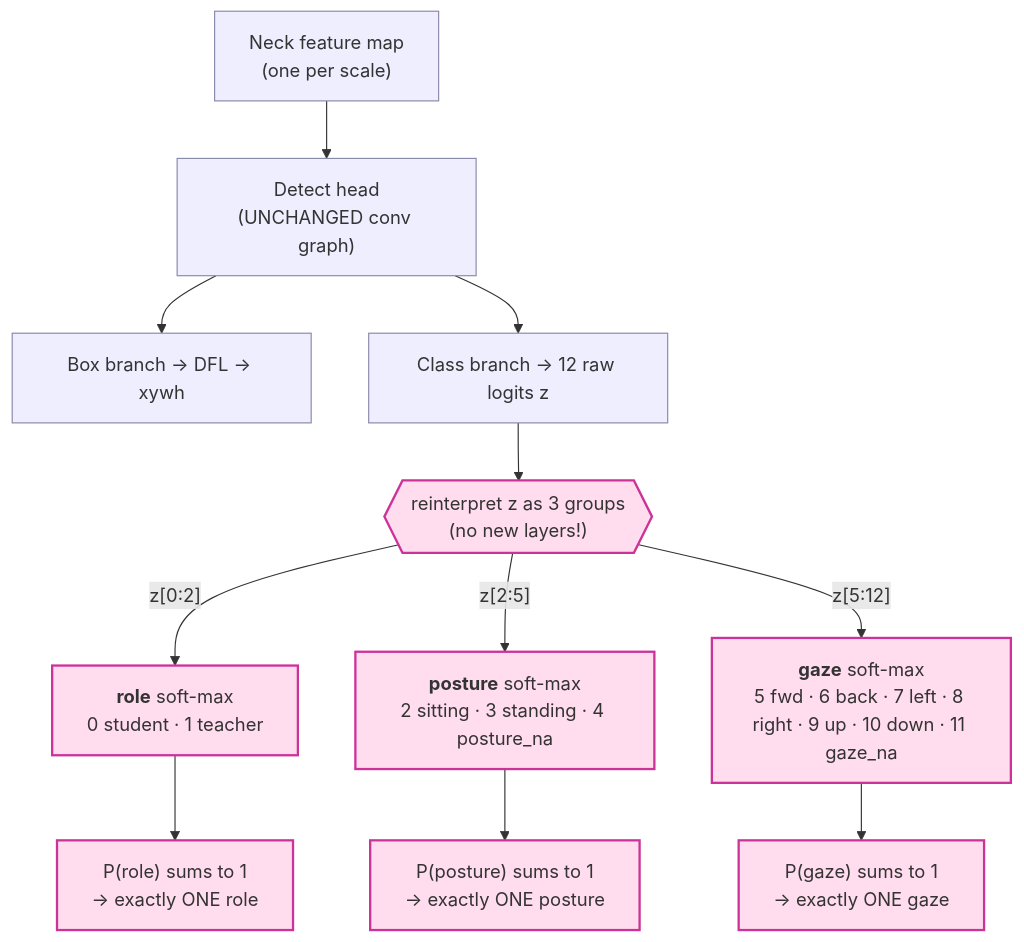
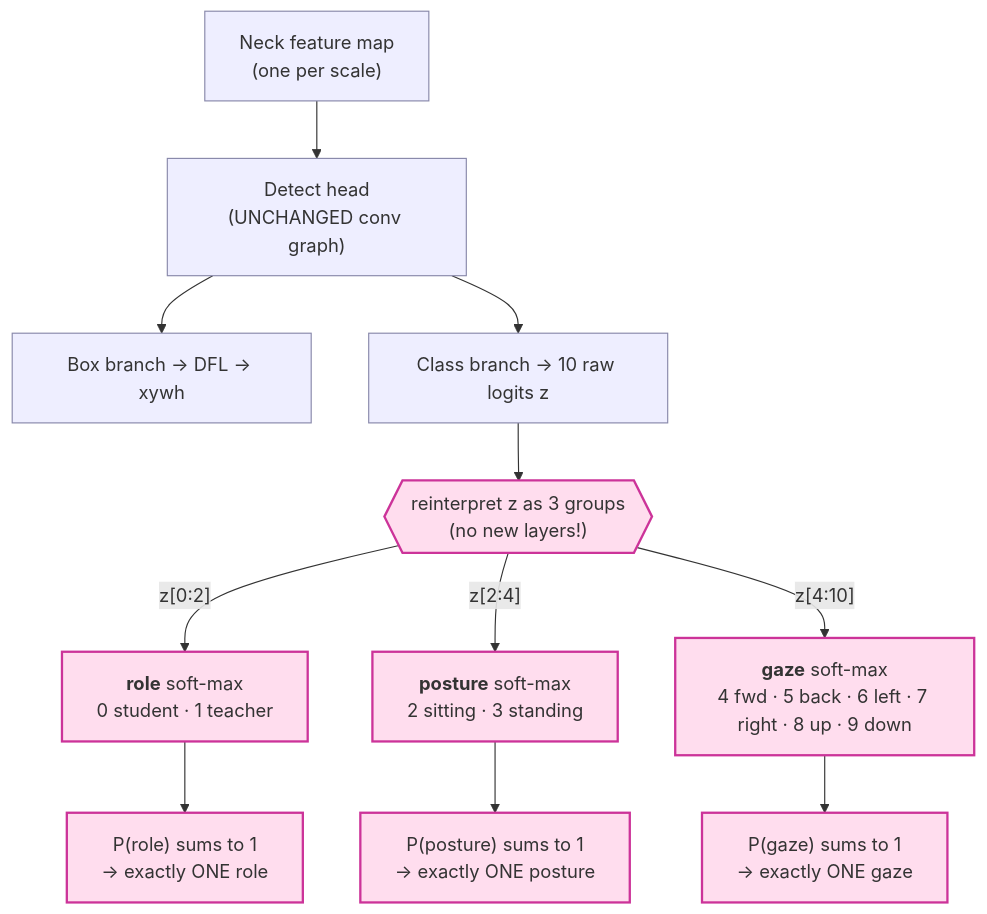
Before and after one commit to ahmedelbamby-aast/Grad-Project-Docs: the second of 5 diagrams in docs/yolov11_combined_head/ARCHITECTURE.md, drawn with Mermaid. The commit also changed other lines of this file and 2 other files, not shown here.

````diff
--- a/docs/yolov11_combined_head/ARCHITECTURE.md
+++ b/docs/yolov11_combined_head/ARCHITECTURE.md
@@ -81,21 +81,21 @@
 ```mermaid
 flowchart TB
     NF["Neck feature map<br/>(one per scale)"] --> DET["Detect head<br/>(UNCHANGED conv graph)"]
     DET --> BOX["Box branch → DFL → xywh"]
-    DET --> CLS["Class branch → 12 raw logits z"]
+    DET --> CLS["Class branch → 10 raw logits z"]
 
     CLS --> SPLIT{{"reinterpret z as 3 groups<br/>(no new layers!)"}}
 
     SPLIT -->|"z[0:2]"| ROLE["<b>role</b> soft-max<br/>0 student · 1 teacher"]
-    SPLIT -->|"z[2:5]"| POST["<b>posture</b> soft-max<br/>2 sitting · 3 standing · 4 posture_na"]
-    SPLIT -->|"z[5:12]"| GAZE["<b>gaze</b> soft-max<br/>5 fwd · 6 back · 7 left · 8 right · 9 up · 10 down · 11 gaze_na"]
+    SPLIT -->|"z[2:4]"| POST["<b>posture</b> soft-max<br/>2 sitting · 3 standing"]
+    SPLIT -->|"z[4:10]"| GAZE["<b>gaze</b> soft-max<br/>4 fwd · 5 back · 6 left · 7 right · 8 up · 9 down"]
 
     ROLE --> R1["P(role) sums to 1<br/>→ exactly ONE role"]
     POST --> R2["P(posture) sums to 1<br/>→ exactly ONE posture"]
     GAZE --> R3["P(gaze) sums to 1<br/>→ exactly ONE gaze"]
 
     classDef mod fill:#fde,stroke:#c39,stroke-width:2px;
     classDef kept fill:#eef,stroke:#88a;
     class NF,DET,BOX,CLS kept;
     class SPLIT,ROLE,POST,GAZE,R1,R2,R3 mod;
 ```
````
